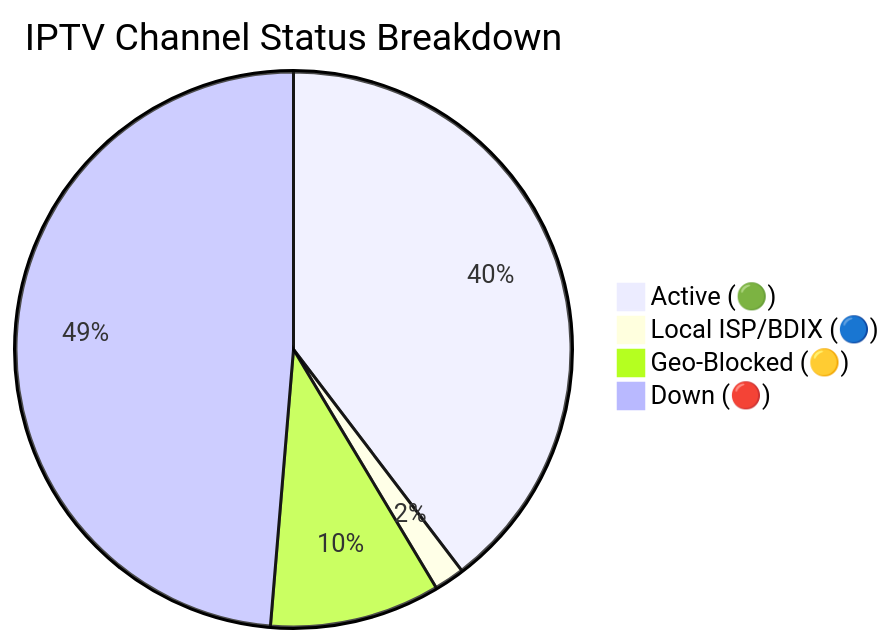
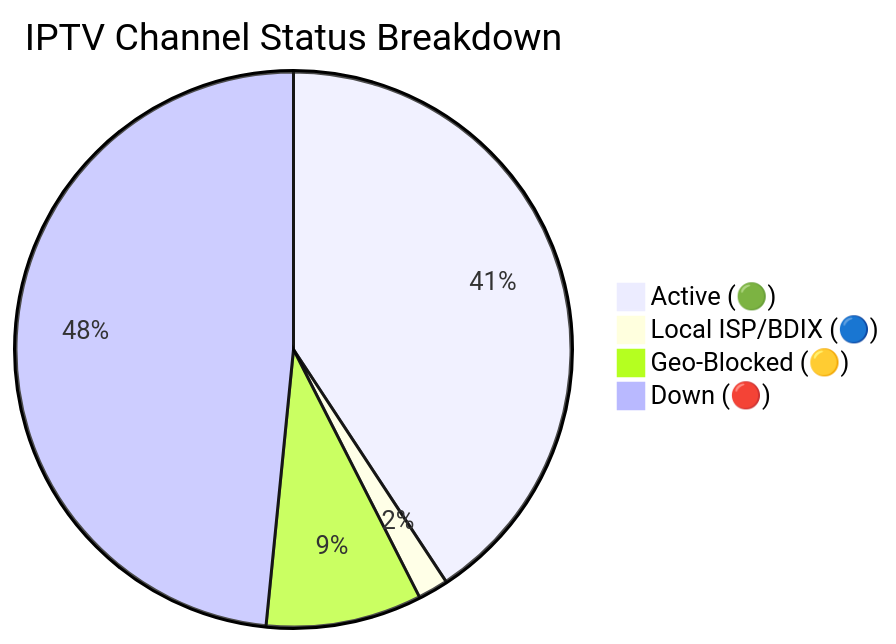
One commit to andreataylord/Ip-tv-Collection changed the diagram in README.md. Above: the diagram before and after it, drawn with Mermaid. The commit also changed other lines of this file and 2 other files, not shown here.

````diff
--- a/README.md
+++ b/README.md
@@ -59,7 +59,7 @@
 ```mermaid
 pie title IPTV Channel Status Breakdown
-    "Active (🟢)" : 2872
+    "Active (🟢)" : 2956
     "Local ISP/BDIX (🔵)" : 128
-    "Geo-Blocked (🟡)" : 718
-    "Down (🔴)" : 3526
+    "Geo-Blocked (🟡)" : 658
+    "Down (🔴)" : 3513
 ```
````
